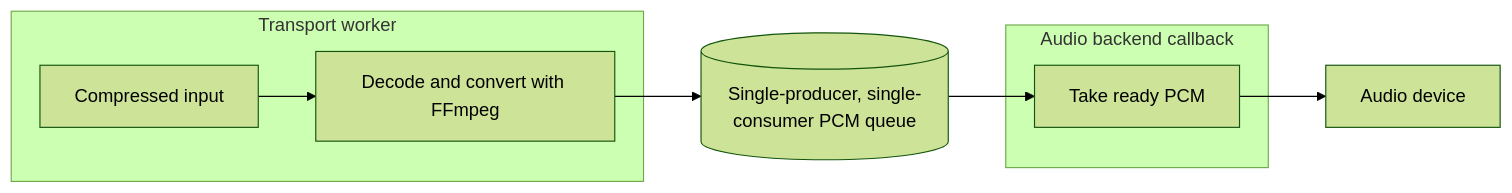
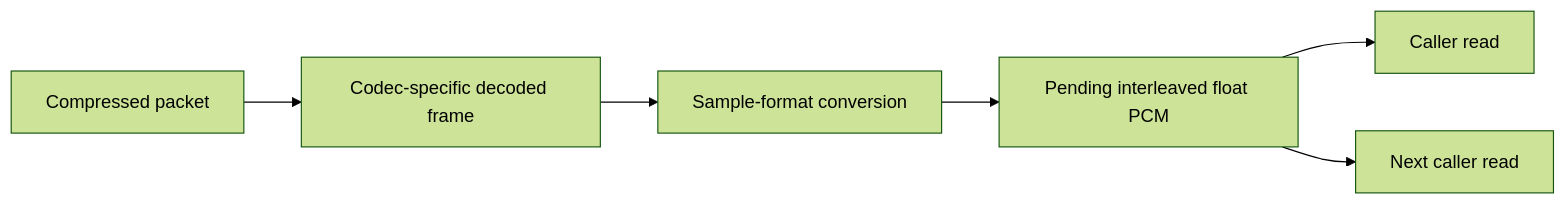
The fifth of 7 diagrams in src/codec/README.md (Vokerlee/wiola-player), drawn with Mermaid (forest theme) before and after one commit. The commit also changed other lines of this file, not shown here.

Commit message:
docs: focus the codec guide on decoding

````diff
--- a/src/codec/README.md
+++ b/src/codec/README.md
@@ -201,15 +177,8 @@
 ```mermaid
 flowchart LR
-    subgraph Transport[Transport worker]
-        Input[Compressed input] --> Decode[Decode and convert with FFmpeg]
-    end
-
-    Decode --> Queue[(Single-producer, single-consumer PCM queue)]
-
-    subgraph Callback[Audio backend callback]
-        Render[Take ready PCM]
-    end
-
-    Queue --> Render
-    Render --> Device[Audio device]
+    Packet[Compressed packet] --> Frame[Codec-specific decoded frame]
+    Frame --> Convert[Sample-format conversion]
+    Convert --> Pending[Pending interleaved float PCM]
+    Pending --> Read1[Caller read]
+    Pending --> Read2[Next caller read]
 ```
````
